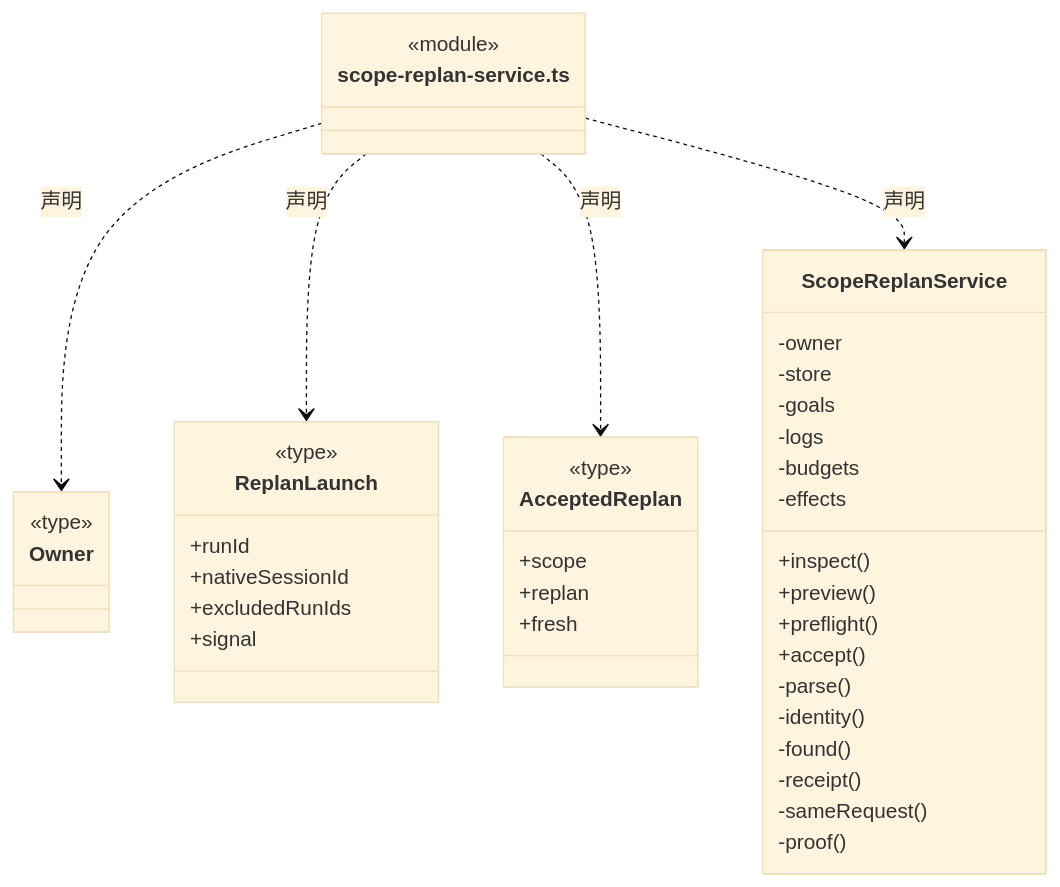
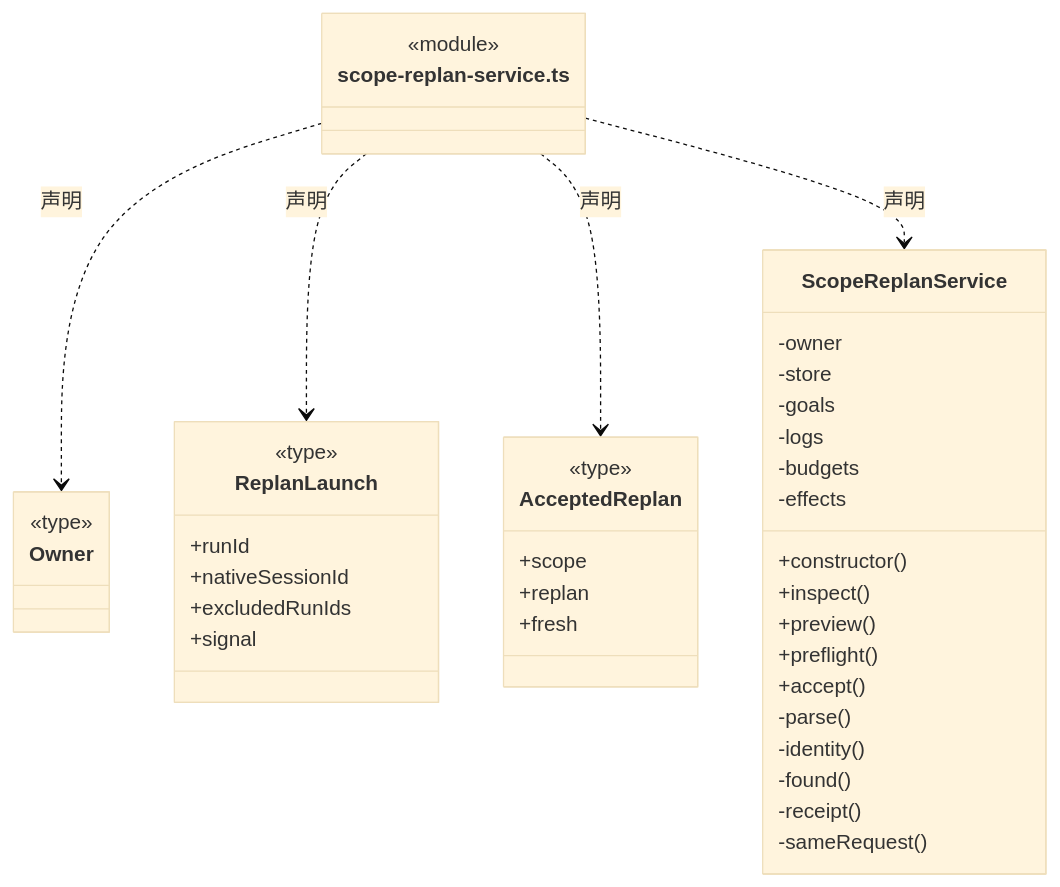
One commit to nan023062/cbim changed diagram 19 of 25 in src/logic/tasks/runtime/ARCHITECTURE.md. Above: the diagram before and after it, drawn with Mermaid (base theme). The commit also changed other lines of this file and 139 other files, not shown here.

Commit message:
docs(architecture): add source reading paths and complete file inventories

````diff
--- a/src/logic/tasks/runtime/ARCHITECTURE.md
+++ b/src/logic/tasks/runtime/ARCHITECTURE.md
@@ -490,45 +507,45 @@
 ```mermaid
 classDiagram
 class N_src_logic_tasks_runtime_scope_replan_service_ts["scope-replan-service.ts"] {
   <<module>>
 }
 class N_src_logic_tasks_runtime_scope_replan_service_ts_Owner["Owner"] {
   <<type>>
 
 }
 N_src_logic_tasks_runtime_scope_replan_service_ts ..> N_src_logic_tasks_runtime_scope_replan_service_ts_Owner : 声明
 class N_src_logic_tasks_runtime_scope_replan_service_ts_ReplanLaunch["ReplanLaunch"] {
   <<type>>
   +runId
   +nativeSessionId
   +excludedRunIds
   +signal
 }
 N_src_logic_tasks_runtime_scope_replan_service_ts ..> N_src_logic_tasks_runtime_scope_replan_service_ts_ReplanLaunch : 声明
 class N_src_logic_tasks_runtime_scope_replan_service_ts_AcceptedReplan["AcceptedReplan"] {
   <<type>>
   +scope
   +replan
   +fresh
 }
 N_src_logic_tasks_runtime_scope_replan_service_ts ..> N_src_logic_tasks_runtime_scope_replan_service_ts_AcceptedReplan : 声明
 class N_src_logic_tasks_runtime_scope_replan_service_ts_ScopeReplanService["ScopeReplanService"] {
+  +constructor()
   +inspect()
   +preview()
   +preflight()
   +accept()
   -owner
   -store
   -goals
   -logs
   -budgets
   -effects
   -parse()
   -identity()
   -found()
   -receipt()
   -sameRequest()
-  -proof()
 }
 N_src_logic_tasks_runtime_scope_replan_service_ts ..> N_src_logic_tasks_runtime_scope_replan_service_ts_ScopeReplanService : 声明
 ```
````
